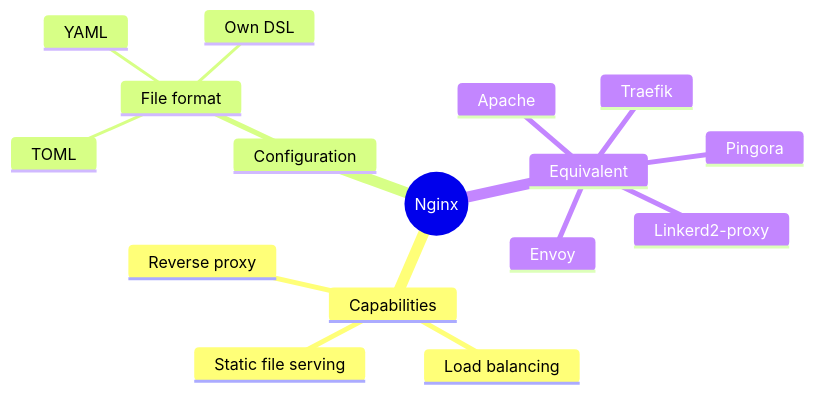
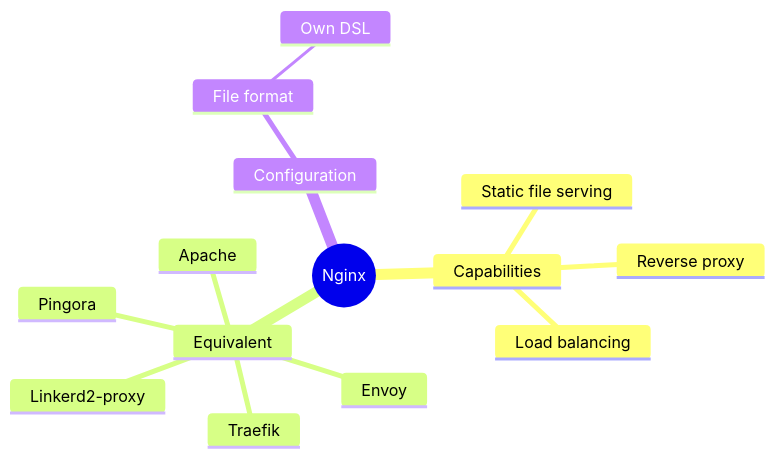
Before and after one commit to xdvarpunen/nginx-adventure: the diagram in README.md, drawn with Mermaid.

````diff
--- a/README.md
+++ b/README.md
@@ -5,19 +5,17 @@
 ```mermaid
 mindmap
   root((Nginx))
     Capabilities
       Load balancing
       Reverse proxy
       Static file serving
-    Configuration
-      File format
-        Own DSL
-        YAML
-        TOML
     Equivalent
       Apache
       Pingora
       Envoy
       Linkerd2-proxy
       Traefik
+    Configuration
+      File format
+        Own DSL
 ```
````
